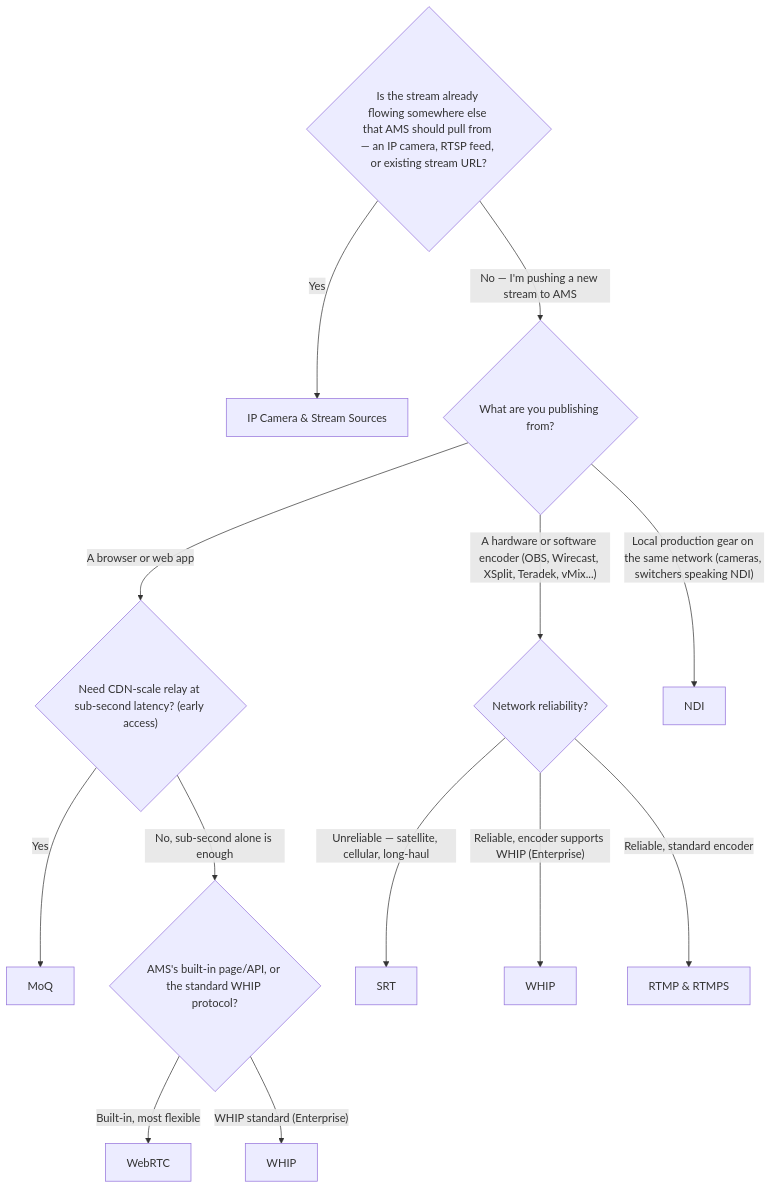
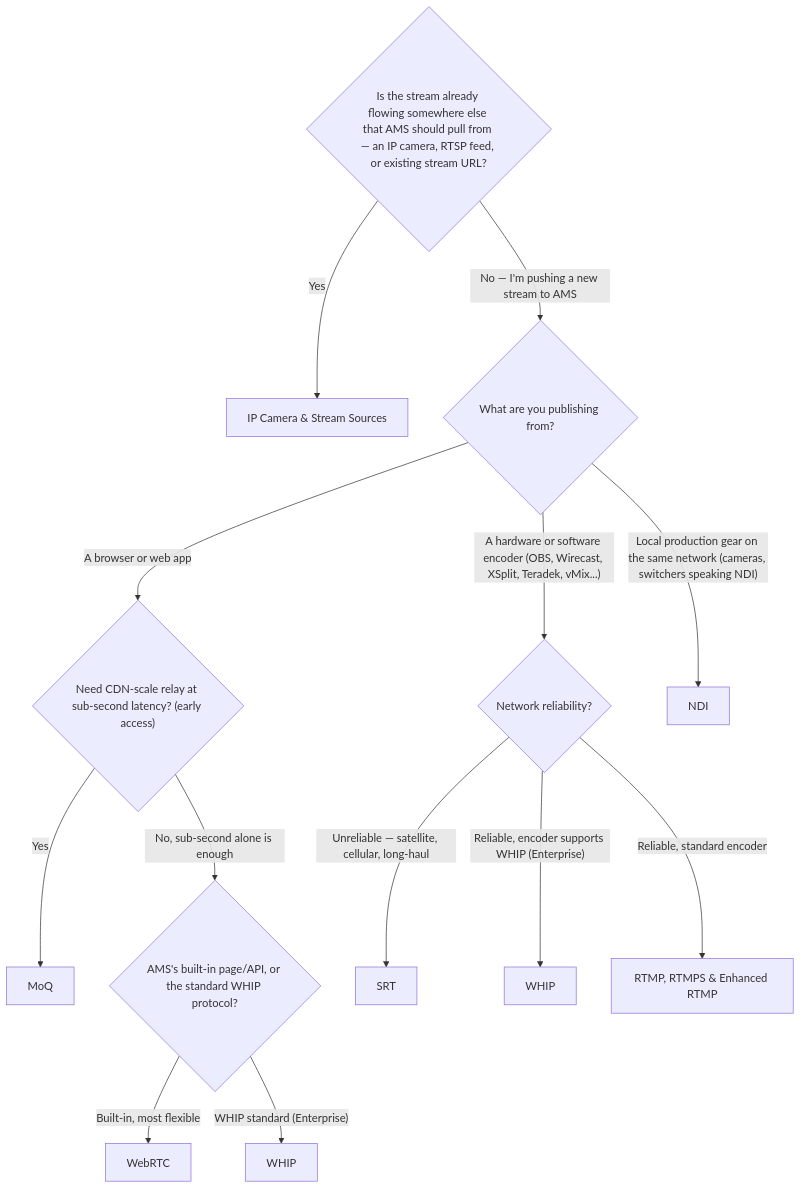
Before and after one commit to ant-media/ant-media-documentation: the diagram in docs/guides/publish-live-stream/which-protocol-should-i-use.md, drawn with Mermaid. The commit also changed other lines of this file and 16 other files, not shown here.

````diff
--- a/docs/guides/publish-live-stream/which-protocol-should-i-use.md
+++ b/docs/guides/publish-live-stream/which-protocol-should-i-use.md
@@ -12,16 +12,16 @@
 ```mermaid
 flowchart TD
     A{"Is the stream already flowing somewhere else that AMS should pull from — an IP camera, RTSP feed, or existing stream URL?"}
     A -->|Yes| PULL["IP Camera & Stream Sources"]
     A -->|"No — I'm pushing a new stream to AMS"| B{"What are you publishing from?"}
     B -->|"A browser or web app"| C{"Need CDN-scale relay at sub-second latency? (early access)"}
     C -->|Yes| MOQ["MoQ"]
     C -->|"No, sub-second alone is enough"| D{"AMS's built-in page/API, or the standard WHIP protocol?"}
     D -->|"Built-in, most flexible"| WEBRTC["WebRTC"]
     D -->|"WHIP standard (Enterprise)"| WHIPA["WHIP"]
     B -->|"A hardware or software encoder (OBS, Wirecast, XSplit, Teradek, vMix...)"| E{"Network reliability?"}
     E -->|"Unreliable — satellite, cellular, long-haul"| SRTN["SRT"]
     E -->|"Reliable, encoder supports WHIP (Enterprise)"| WHIPB["WHIP"]
-    E -->|"Reliable, standard encoder"| RTMPN["RTMP & RTMPS"]
+    E -->|"Reliable, standard encoder"| RTMPN["RTMP, RTMPS & Enhanced RTMP"]
     B -->|"Local production gear on the same network (cameras, switchers speaking NDI)"| NDIN["NDI"]
 ```
````
